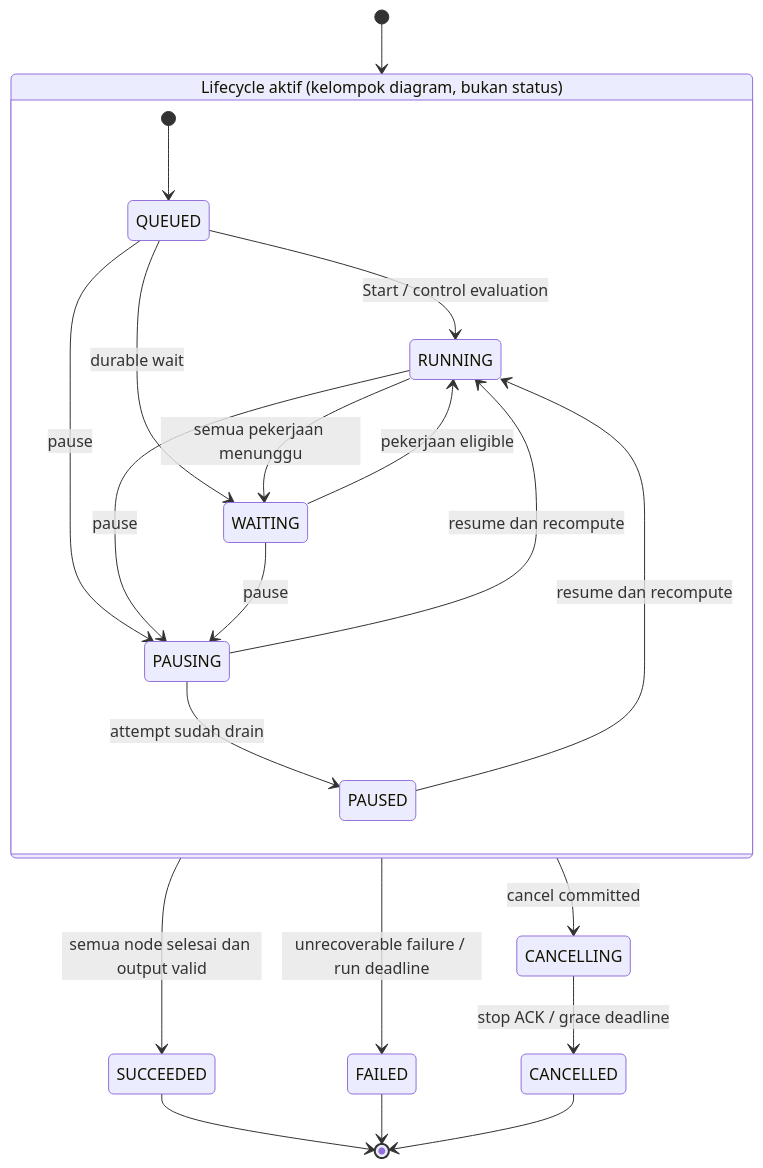
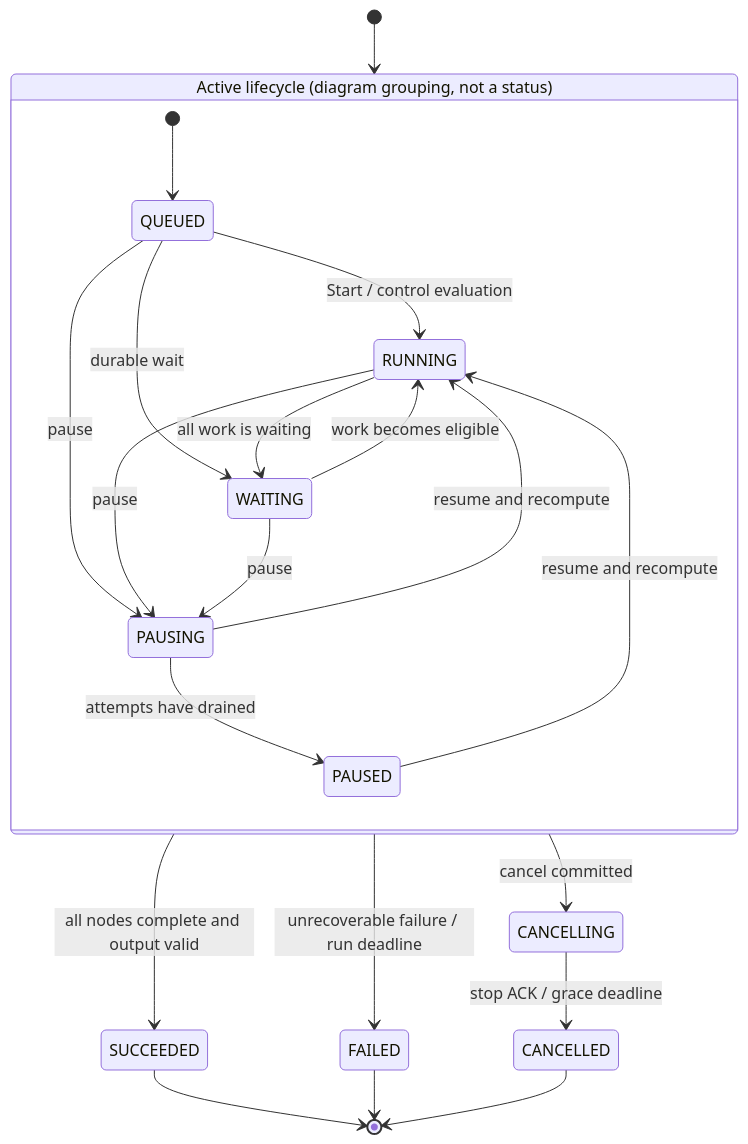
Before and after one commit to Ryanakml/Deadbolt: the third of 10 diagrams in raw_idea_plan.md, drawn with Mermaid. The commit also changed other lines of this file and 1 other file, not shown here.

````diff
--- a/raw_idea_plan.md
+++ b/raw_idea_plan.md
@@ -358,24 +392,24 @@
 ```mermaid
 stateDiagram-v2
     [*] --> Active
-    state "Lifecycle aktif (kelompok diagram, bukan status)" as Active {
+    state "Active lifecycle (diagram grouping, not a status)" as Active {
         [*] --> QUEUED
         QUEUED --> RUNNING: Start / control evaluation
         QUEUED --> WAITING: durable wait
-        RUNNING --> WAITING: semua pekerjaan menunggu
-        WAITING --> RUNNING: pekerjaan eligible
+        RUNNING --> WAITING: all work is waiting
+        WAITING --> RUNNING: work becomes eligible
         QUEUED --> PAUSING: pause
         RUNNING --> PAUSING: pause
         WAITING --> PAUSING: pause
-        PAUSING --> PAUSED: attempt sudah drain
-        PAUSING --> RUNNING: resume dan recompute
-        PAUSED --> RUNNING: resume dan recompute
+        PAUSING --> PAUSED: attempts have drained
+        PAUSING --> RUNNING: resume and recompute
+        PAUSED --> RUNNING: resume and recompute
     }
-    Active --> SUCCEEDED: semua node selesai dan output valid
+    Active --> SUCCEEDED: all nodes complete and output valid
     Active --> FAILED: unrecoverable failure / run deadline
     Active --> CANCELLING: cancel committed
     CANCELLING --> CANCELLED: stop ACK / grace deadline
     SUCCEEDED --> [*]
     FAILED --> [*]
     CANCELLED --> [*]
 ```
````
